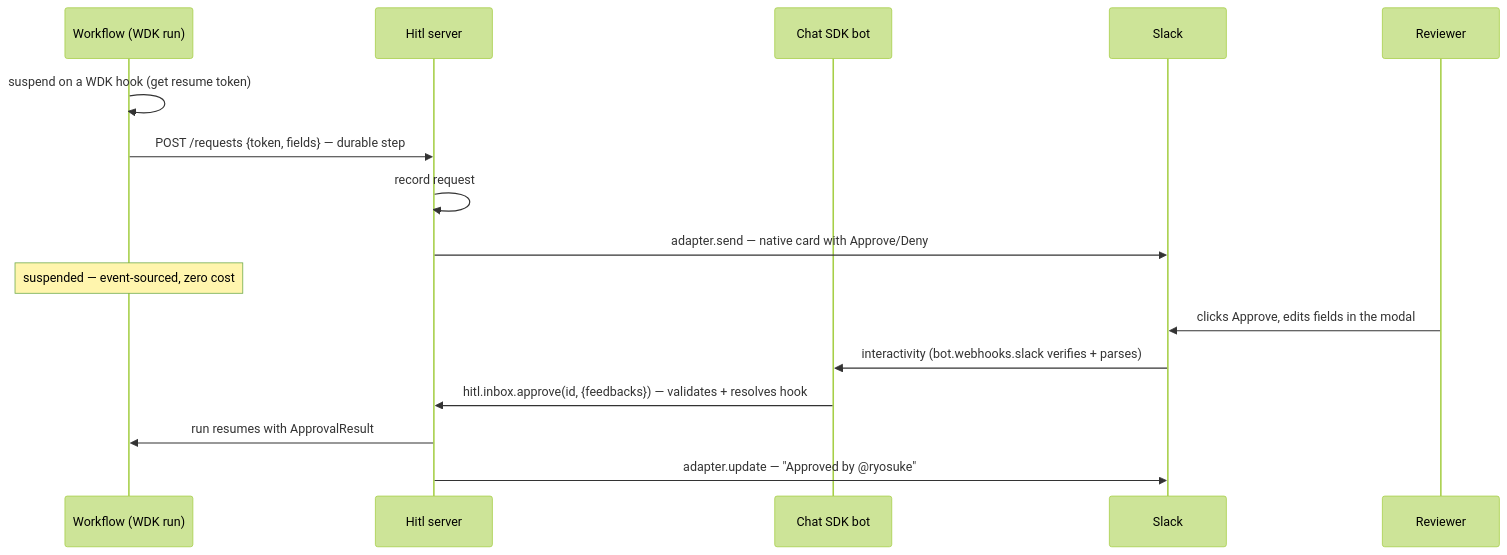
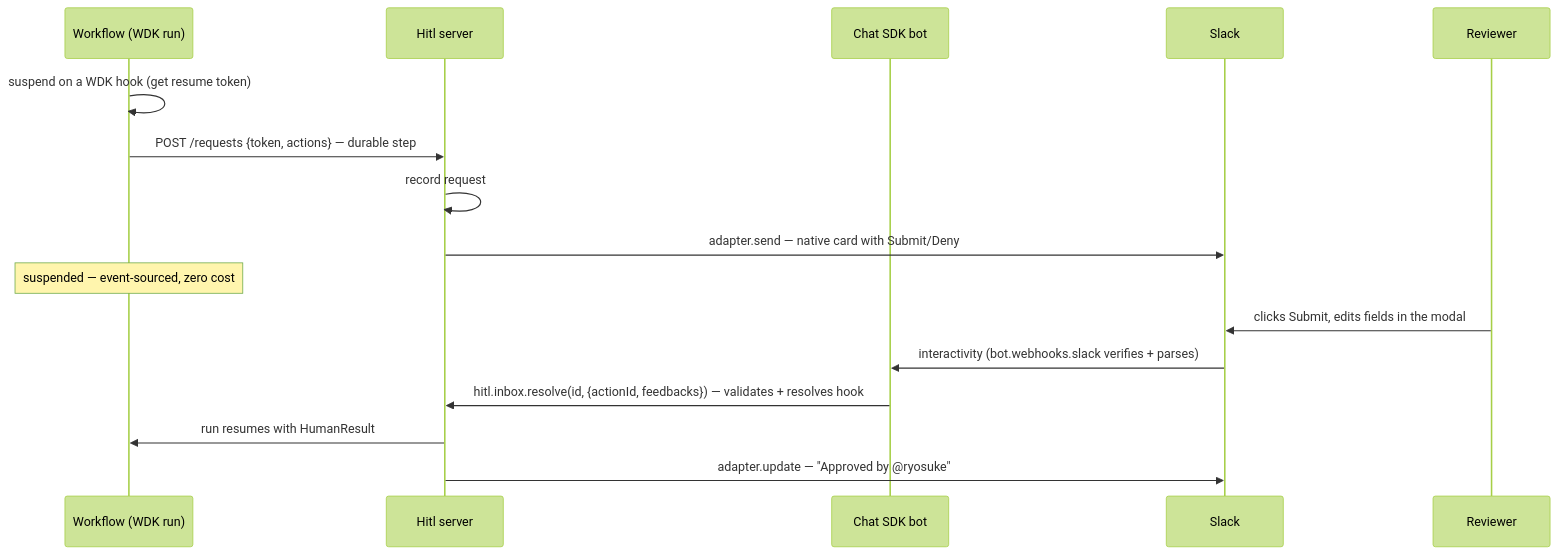
The diagram in ARCHITECTURE.md (u17g/hitl), drawn with Mermaid (forest theme) before and after one commit. The commit also changed other lines of this file and 5 other files, not shown here.

First line of the commit message:
Refactor architecture and documentation for human actions workflow.

````diff
--- a/ARCHITECTURE.md
+++ b/ARCHITECTURE.md
@@ -5,18 +5,18 @@
 ```mermaid
 sequenceDiagram
   participant W as Workflow (WDK run)
   participant H as Hitl server
   participant B as Chat SDK bot
   participant S as Slack
   participant R as Reviewer
   W->>W: suspend on a WDK hook (get resume token)
-  W->>H: POST /requests {token, fields} — durable step
+  W->>H: POST /requests {token, actions} — durable step
   H->>H: record request
-  H->>S: adapter.send — native card with Approve/Deny
+  H->>S: adapter.send — native card with Submit/Deny
   Note over W: suspended — event-sourced, zero cost
-  R->>S: clicks Approve, edits fields in the modal
+  R->>S: clicks Submit, edits fields in the modal
   S->>B: interactivity (bot.webhooks.slack verifies + parses)
-  B->>H: hitl.inbox.approve(id, {feedbacks}) — validates + resolves hook
-  H->>W: run resumes with ApprovalResult
+  B->>H: hitl.inbox.resolve(id, {actionId, feedbacks}) — validates + resolves hook
+  H->>W: run resumes with HumanResult
   H->>S: adapter.update — "Approved by @ryosuke"
 ```
````
